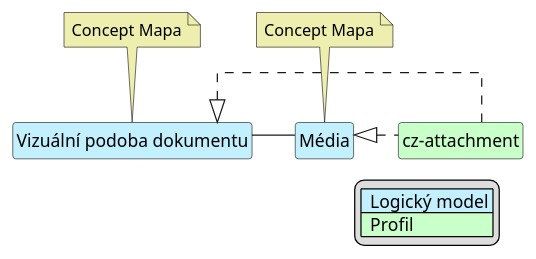
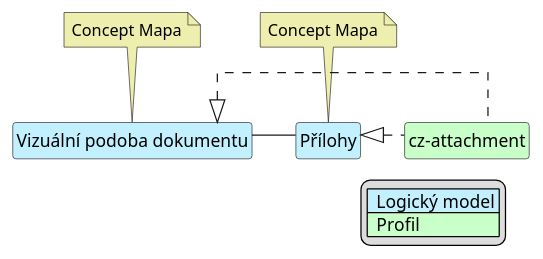
Before and after one commit to HL7-cz/img-order: the diagram in input/images-source/imgOrderAttach-map-cs.plantuml, drawn with PlantUML. The commit also changed 1 other file, not shown here.

Commit message:
Replace "Média"

```diff
--- a/input/images-source/imgOrderAttach-map-cs.plantuml
+++ b/input/images-source/imgOrderAttach-map-cs.plantuml
@@ -1,43 +1,43 @@
 @startuml
 hide circle
 hide stereotype
 hide members
 hide methods
 skinparam linetype ortho
 skinparam class {
 BackgroundColor<<LogicalModel>> #APPLICATION
 BackgroundColor<<Profile>> #TECHNOLOGY
 }
 legend right
 | <#APPLICATION>  Logický model |
 | <#TECHNOLOGY>  Profil |
 endlegend
 
 class "Vizuální podoba dokumentu" <<LogicalModel>> [[StructureDefinition-PresentedFormCz.html]]
 note top #EEEEAE [[ConceptMap-AttachmentImagingOrder2FHIR-cz.html]]
 Concept Mapa
 endnote
 
-class "Média" <<LogicalModel>> [[StructureDefinition-AttachmentsCz.html]]
+class "Přílohy" <<LogicalModel>> [[StructureDefinition-AttachmentsCz.html]]
 note top #EEEEAE [[ConceptMap-AttachmentImagingOrder2FHIR-cz.html]]
 Concept Mapa
 endnote
 
 class "cz-attachment" <<Profile>> [[StructureDefinition-cz-attachment.html]]
 
-"Vizuální podoba dokumentu" -- "Média"
+"Vizuální podoba dokumentu" -- "Přílohy"
 
 "Vizuální podoba dokumentu" <|. "cz-attachment"
-"Média" <|. "cz-attachment"
+"Přílohy" <|. "cz-attachment"
 
 /'
 "Imaging Order Header" <|. "cz-patient-core"
 "Imaging Order Header" <|. "cz-attachment"
 "Imaging Order Header" <|. "cz-practitioner-core"
 '/
 
-"Vizuální podoba dokumentu" -r[hidden]-> "Média"
+"Vizuální podoba dokumentu" -r[hidden]-> "Přílohy"
 "Vizuální podoba dokumentu" -d[hidden]-> "cz-attachment"
-"Média" -d[hidden]-> "cz-attachment"
+"Přílohy" -d[hidden]-> "cz-attachment"
 
 @enduml
```
